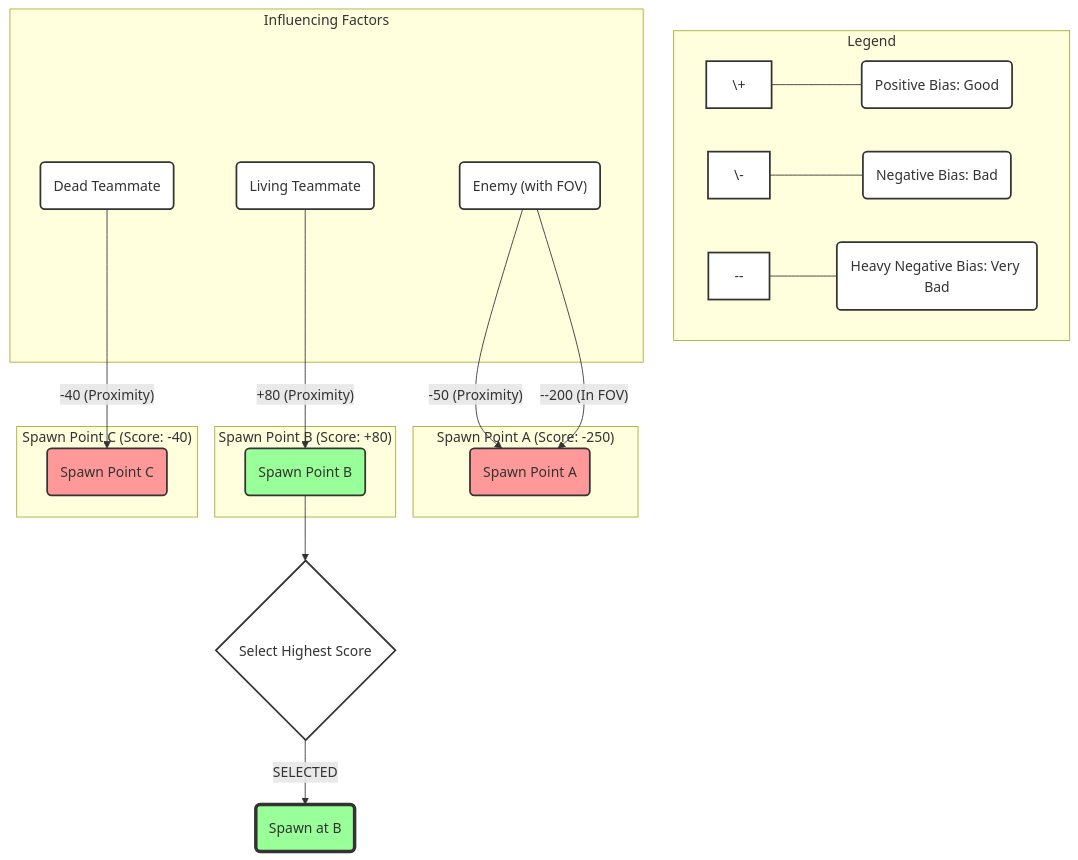
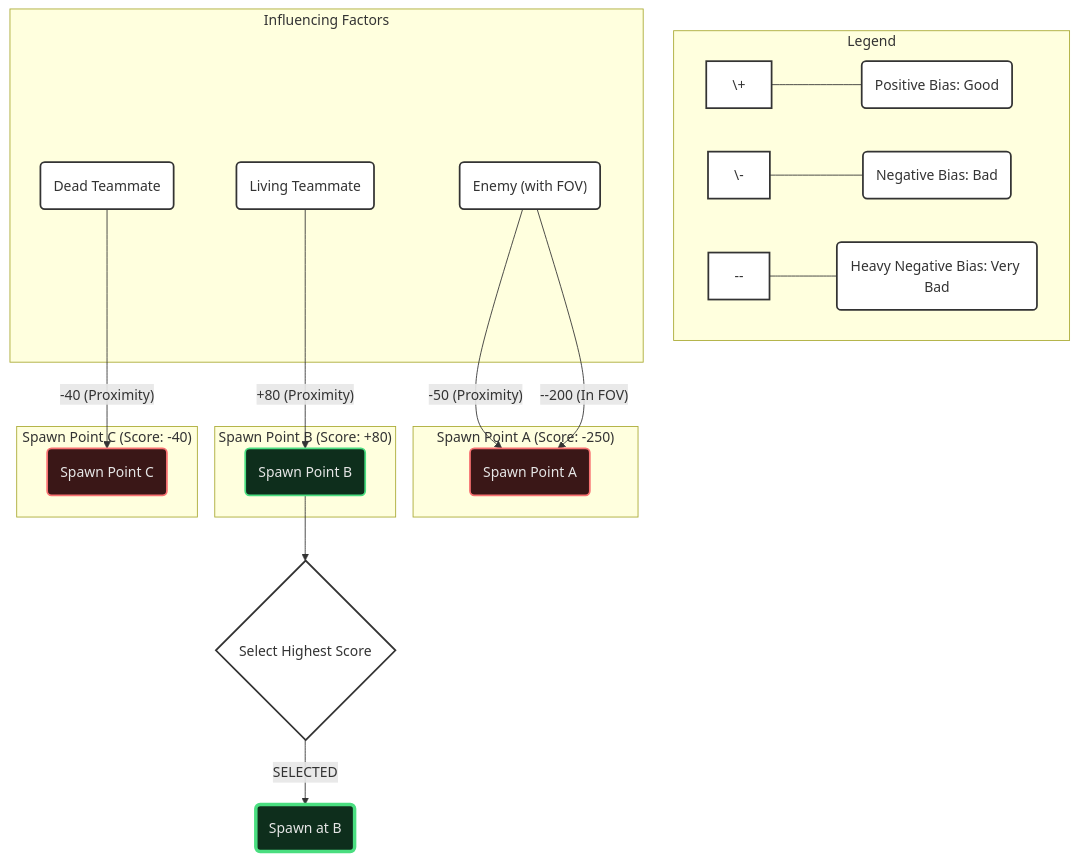
One commit to outliyr/outliyr-docs changed the diagram in outliyr-framework/docs/core-modules/shooter-base/influence-spawn-system/core-logic/README.md. Above: the diagram before and after it, drawn with Mermaid. The commit also changed 11 other files, not shown here.

````diff
--- a/outliyr-framework/docs/core-modules/shooter-base/influence-spawn-system/core-logic/README.md
+++ b/outliyr-framework/docs/core-modules/shooter-base/influence-spawn-system/core-logic/README.md
@@ -73,43 +73,43 @@
 ```mermaid
 graph TD
     subgraph Legend
         direction LR
         P_Good["\+"] --- Txt_Good(Positive Bias: Good)
         P_Bad["\-"] --- Txt_Bad(Negative Bias: Bad)
         P_VBad["--"] --- Txt_VBad(Heavy Negative Bias: Very Bad)
     end
 
     subgraph "Spawn Point A (Score: -250)"
-        style Spawn_A fill:#f99,stroke:#333,stroke-width:2px
+        style Spawn_A fill:#3a1717,stroke:#f87171,stroke-width:2px,color:#e6e6e6
         Spawn_A("Spawn Point A")
     end
 
     subgraph "Spawn Point B (Score: +80)"
-        style Spawn_B fill:#9f9,stroke:#333,stroke-width:2px
+        style Spawn_B fill:#0e2e1c,stroke:#4ade80,stroke-width:2px,color:#e6e6e6
         Spawn_B("Spawn Point B")
     end
 
     subgraph "Spawn Point C (Score: -40)"
-        style Spawn_C fill:#f99,stroke:#333,stroke-width:2px
+        style Spawn_C fill:#3a1717,stroke:#f87171,stroke-width:2px,color:#e6e6e6
         Spawn_C("Spawn Point C")
     end
 
     subgraph "Influencing Factors"
         Enemy("Enemy (with FOV)")
         Teammate("Living Teammate")
         DeadTeammate("Dead Teammate")
     end
 
     Enemy --"-50 (Proximity)"--> Spawn_A
     Enemy --"--200 (In FOV)"--> Spawn_A
 
     Teammate --"+80 (Proximity)"--> Spawn_B
     DeadTeammate --"-40 (Proximity)"--> Spawn_C
 
     FinalChoice{Select Highest Score}
     Spawn_B --> FinalChoice
     FinalChoice --"SELECTED"--> Final_B(Spawn at B)
-    style Final_B fill:#9f9,stroke:#333,stroke-width:4px
+    style Final_B fill:#0e2e1c,stroke:#4ade80,stroke-width:4px,color:#e6e6e6
 
     classDef default fill:#fff,stroke:#333,stroke-width:2px;
 ```
````
